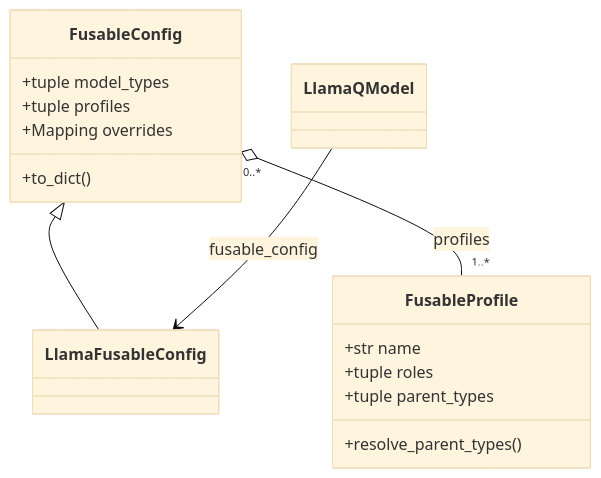
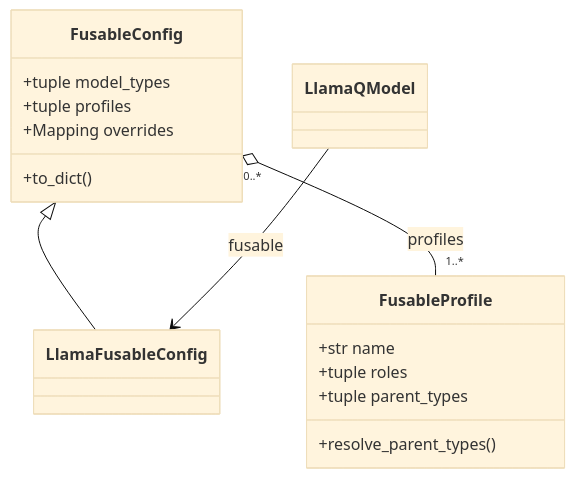
Before and after one commit to ModelCloud/GPTQModel: the second of 4 diagrams in docs/fusion-planner.md, drawn with Mermaid (base theme). The commit also changed other lines of this file and 7 other files, not shown here.

````diff
--- a/docs/fusion-planner.md
+++ b/docs/fusion-planner.md
@@ -145,20 +145,20 @@
 ```mermaid
 classDiagram
     class FusableConfig {
         +tuple model_types
         +tuple profiles
         +Mapping overrides
         +to_dict()
     }
     class FusableProfile {
         +str name
         +tuple roles
         +tuple parent_types
         +resolve_parent_types()
     }
     class LlamaFusableConfig
     class LlamaQModel
     FusableConfig <|-- LlamaFusableConfig
     FusableConfig "0..*" o-- "1..*" FusableProfile : profiles
-    LlamaQModel --> LlamaFusableConfig : fusable_config
+    LlamaQModel --> LlamaFusableConfig : fusable
 ```
````
